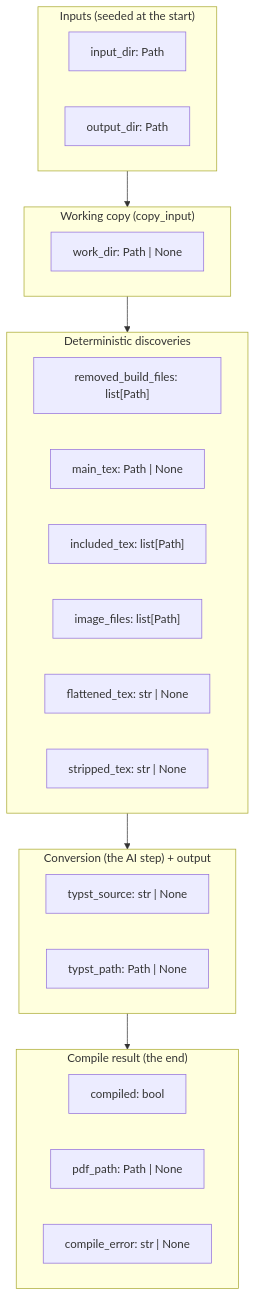
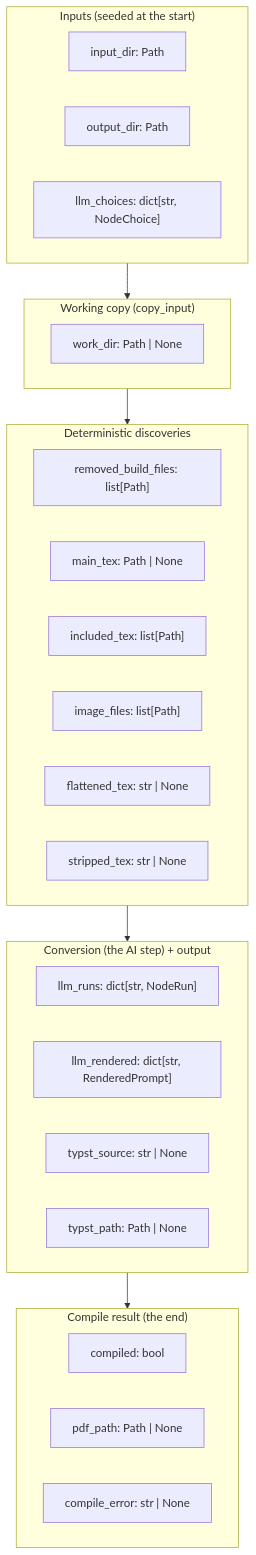
Before and after one commit to SushrutGaikwad/b2t: the third of 11 diagrams in CODEBASE_GUIDE.md, drawn with Mermaid. The commit also changed other lines of this file, not shown here.

First line of the commit message:
docs: rewrite CODEBASE_GUIDE.md for the LLM seam, prompts, UI, and CI

````diff
--- a/CODEBASE_GUIDE.md
+++ b/CODEBASE_GUIDE.md
@@ -228,28 +270,31 @@
 ```mermaid
 flowchart TB
     subgraph In ["Inputs (seeded at the start)"]
         i1["input_dir: Path"]
         i2["output_dir: Path"]
+        i3["llm_choices: dict[str, NodeChoice]"]
     end
     subgraph Work ["Working copy (copy_input)"]
         w1["work_dir: Path | None"]
     end
     subgraph Disc ["Deterministic discoveries"]
         d1["removed_build_files: list[Path]"]
         d2["main_tex: Path | None"]
         d3["included_tex: list[Path]"]
         d4["image_files: list[Path]"]
         d5["flattened_tex: str | None"]
         d6["stripped_tex: str | None"]
     end
     subgraph Conv ["Conversion (the AI step) + output"]
+        c0["llm_runs: dict[str, NodeRun]"]
+        c4["llm_rendered: dict[str, RenderedPrompt]"]
         c1["typst_source: str | None"]
         c2["typst_path: Path | None"]
     end
     subgraph Comp ["Compile result (the end)"]
         r1["compiled: bool"]
         r2["pdf_path: Path | None"]
         r3["compile_error: str | None"]
     end
     In --> Work --> Disc --> Conv --> Comp
 ```
````
